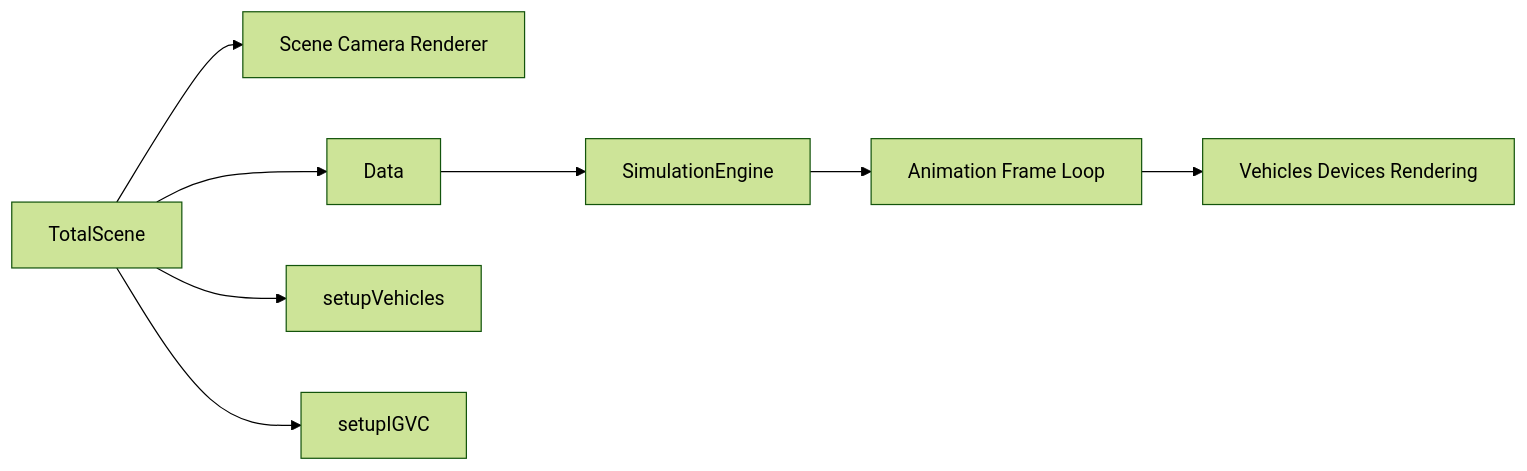
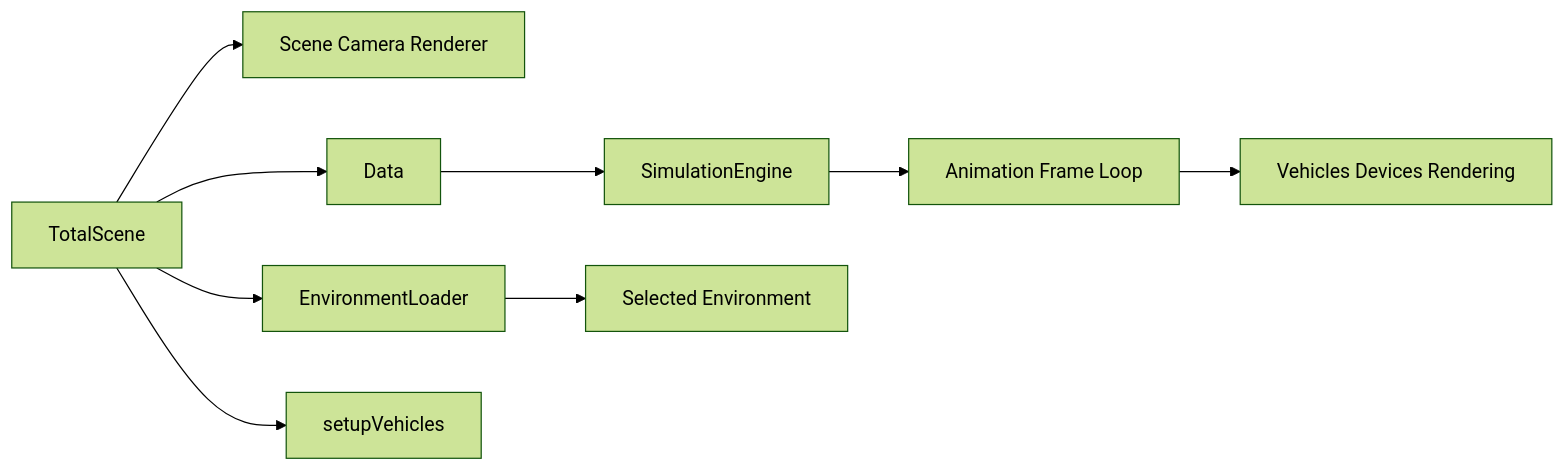
Before and after one commit to cornellev/ev-sim: the diagram in docs/simulation.md, drawn with Mermaid (forest theme). The commit also changed other lines of this file and 115 other files, not shown here.

````diff
--- a/docs/simulation.md
+++ b/docs/simulation.md
@@ -9,10 +9,11 @@
 ```mermaid
 flowchart LR
   totalScene[TotalScene] --> threeObjects[Scene Camera Renderer]
   totalScene --> dataObject[Data]
   dataObject --> simEngine[SimulationEngine]
+  totalScene --> envLoader[EnvironmentLoader]
+  envLoader --> selectedEnvironment[Selected Environment]
   totalScene --> setupVehicles[setupVehicles]
-  totalScene --> setupIGVC[setupIGVC]
   simEngine --> frameLoop[Animation Frame Loop]
   frameLoop --> registries[Vehicles Devices Rendering]
 ```
````
